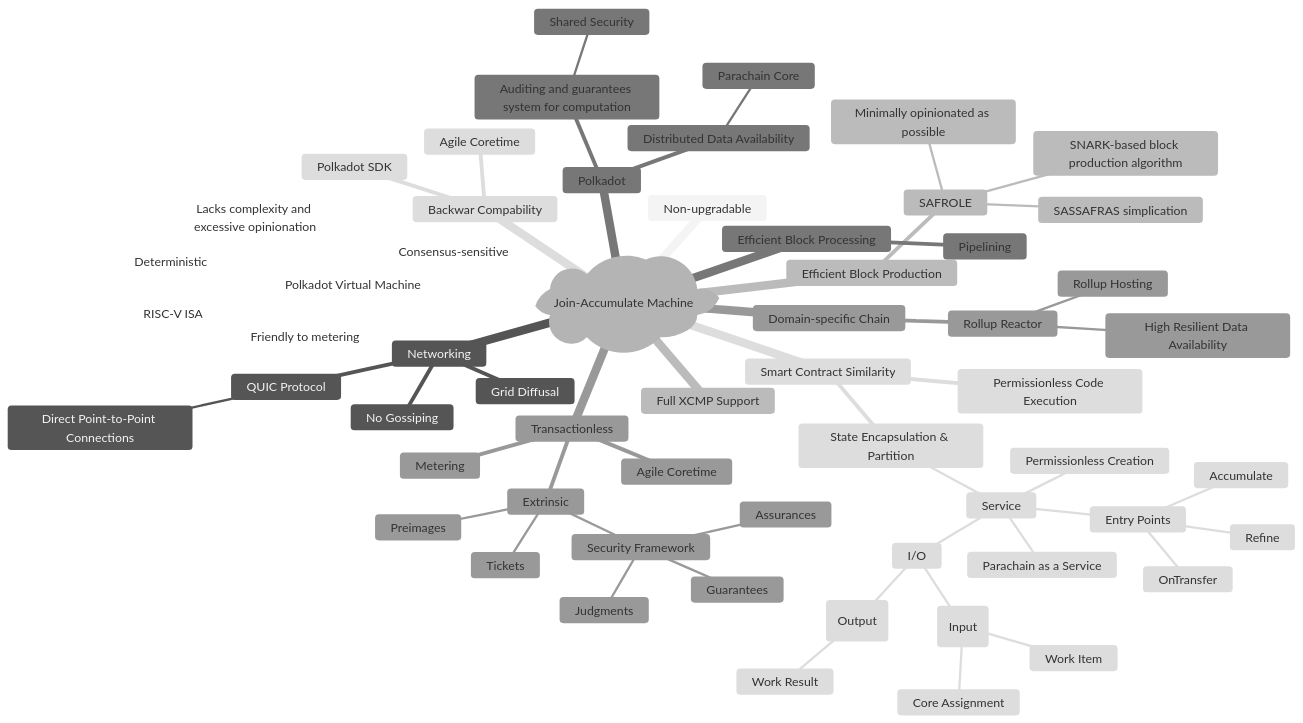
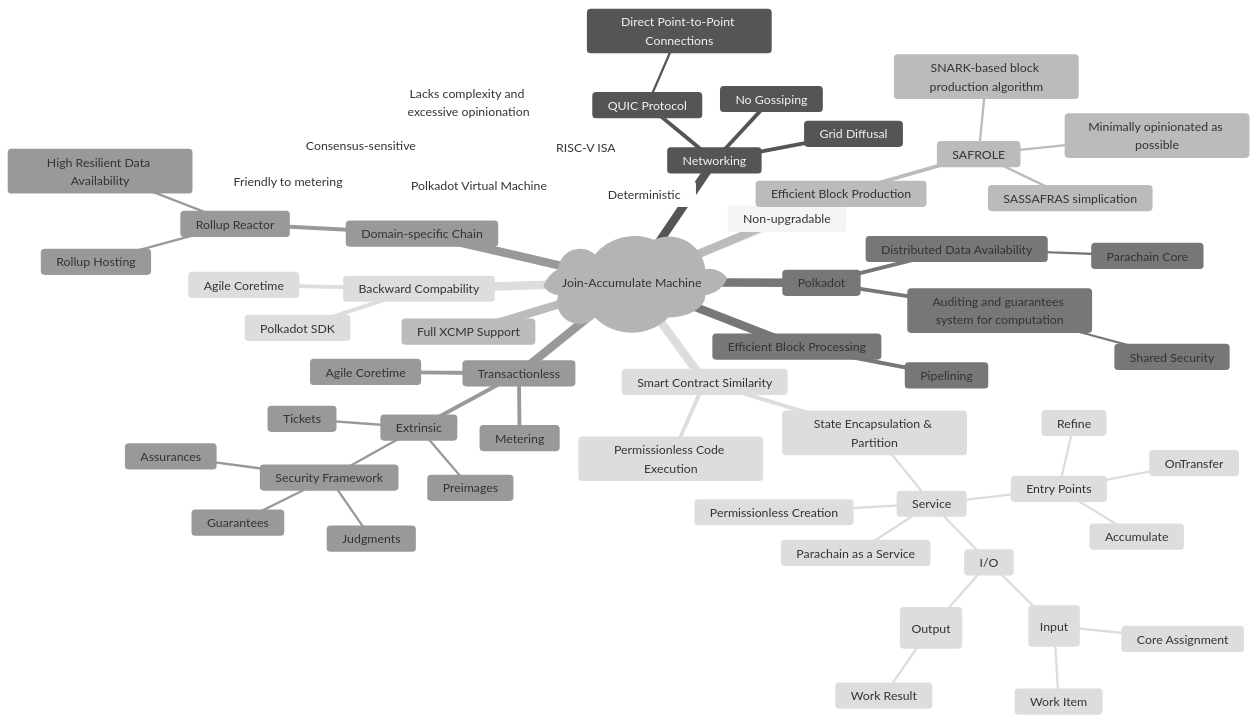
The diagram in README.md (openguild-labs/learn-jam), drawn with Mermaid (neutral theme) before and after one commit.

````diff
--- a/README.md
+++ b/README.md
@@ -4,62 +4,62 @@
 ```mermaid
 mindmap
   id)Join-Accumulate Machine(
     Non-upgradable
     Networking
       QUIC Protocol
         Direct Point-to-Point Connections
       No Gossiping
       Grid Diffusal
     Efficient Block Production
       SAFROLE
         SASSAFRAS simplication
         Minimally opinionated as possible
         SNARK-based block production algorithm
     Efficient Block Processing
       Pipelining 
     Domain-specific Chain
       Rollup Reactor
         High Resilient Data Availability
         Rollup Hosting
     Smart Contract Similarity
       Permissionless Code Execution
       State Encapsulation & Partition
         Service
           I/O
             Work Package (Input)
               Work Item
               Core Assignment
             Work Report (Output)
               Work Result
           Parachain as a Service
           Permissionless Creation
           Entry Points
             Refine
             Accumulate
             OnTransfer
     Polkadot Virtual Machine
       RISC-V ISA
       Deterministic
       Consensus-sensitive
       Friendly to metering
       Lacks complexity and excessive opinionation
-    Backwar Compability
+    Backward Compability
       Polkadot SDK
       Agile Coretime
     Full XCMP Support
     Transactionless
       Metering
       Agile Coretime
       Extrinsic
         Security Framework
           Guarantees
           Assurances
           Judgments
         Preimages
         Tickets
     Polkadot
       Distributed Data Availability
         Parachain Core
       Auditing and guarantees system for computation
         Shared Security
 ```
````
